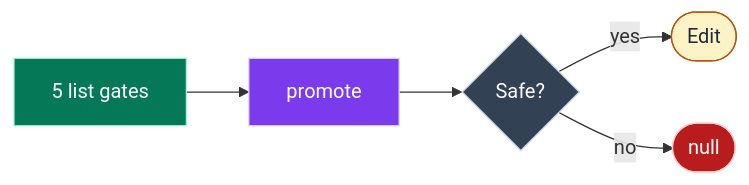
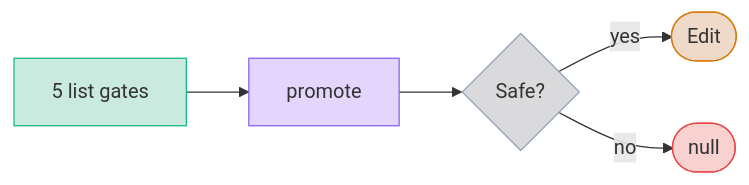
Before and after one commit to jpeakai/jpai-prose-gates: diagram 16 of 19 in docs/DATA_MODEL.md, drawn with Mermaid. The commit also changed other lines of this file and 1 other file, not shown here.

First line of the commit message:
docs: recalibrate the Mermaid diagrams for Material with translucent fills

````diff
--- a/docs/DATA_MODEL.md
+++ b/docs/DATA_MODEL.md
@@ -549,12 +549,12 @@
 ```mermaid
 flowchart LR
     GATES["5 list gates"]:::gate --> PROM["promote"]:::build --> GUARD{"Safe?"}:::decide
     GUARD -- "yes" --> EDIT(["Edit"]):::ok
     GUARD -- "no" --> NULL(["null"]):::bad
 
-    classDef gate   fill:#047857,stroke:#a7f3d0,color:#ffffff
-    classDef build  fill:#7c3aed,stroke:#ddd6fe,color:#ffffff
-    classDef decide fill:#334155,stroke:#cbd5e1,color:#ffffff
-    classDef ok     fill:#fef3c7,stroke:#b45309,color:#1e293b
-    classDef bad    fill:#b91c1c,stroke:#fecaca,color:#ffffff
+    classDef gate   fill:#05966936,stroke:#10b981
+    classDef build  fill:#7c3aed36,stroke:#8b5cf6
+    classDef decide fill:#52525b36,stroke:#94a3b8
+    classDef ok     fill:#b4530936,stroke:#d97706
+    classDef bad    fill:#dc262636,stroke:#ef4444
 ```
````
